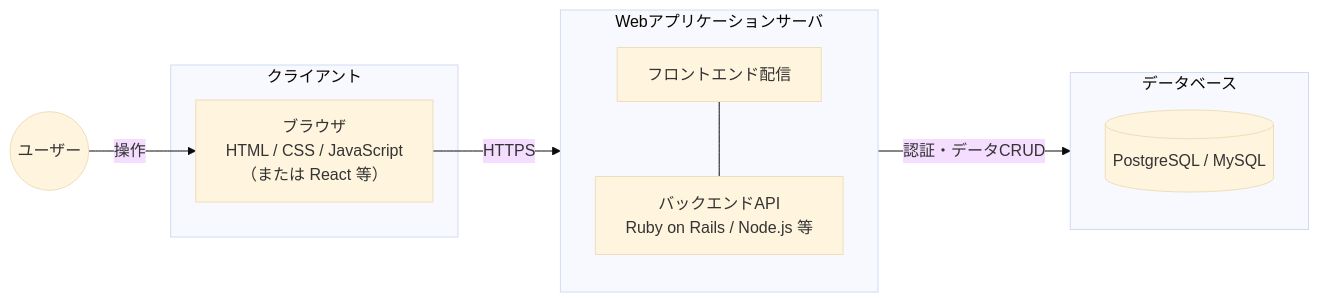
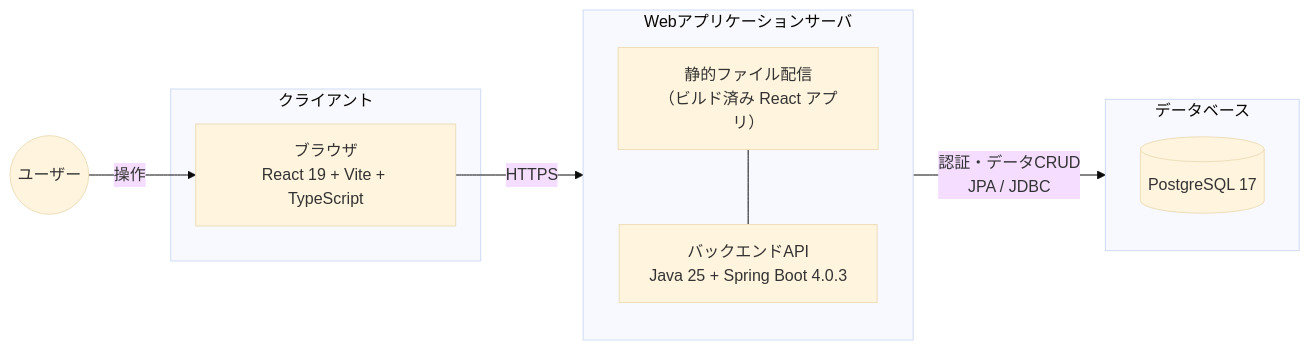
The second of 2 diagrams in docs/details/system-architecture.md (yamamotonaoki3/TaskManagement), drawn with Mermaid (base theme) before and after one commit. The commit also changed other lines of this file and 2 other files, not shown here.

First line of the commit message:
技術スタックをスクール指定に合わせて確定（React 19 / Java 25 / Spring Boot 4.0.3 / PostgreSQL 17）

````diff
--- a/docs/details/system-architecture.md
+++ b/docs/details/system-architecture.md
@@ -28,19 +31,19 @@
 ```mermaid
 flowchart LR
     User((ユーザー))
     subgraph Client[クライアント]
-        Browser[ブラウザ<br/>HTML / CSS / JavaScript<br/>（または React 等）]
+        Browser[ブラウザ<br/>React 19 + Vite + TypeScript]
     end
     subgraph Server[Webアプリケーションサーバ]
-        FE[フロントエンド配信]
-        BE[バックエンドAPI<br/>Ruby on Rails / Node.js 等]
+        FE[静的ファイル配信<br/>（ビルド済み React アプリ）]
+        BE[バックエンドAPI<br/>Java 25 + Spring Boot 4.0.3]
         FE --- BE
     end
     subgraph DB[データベース]
-        DBMS[(PostgreSQL / MySQL)]
+        DBMS[(PostgreSQL 17)]
     end
 
     User -- 操作 --> Browser
     Browser -- HTTPS --> Server
-    Server -- 認証・データCRUD --> DB
+    Server -- "認証・データCRUD<br/>JPA / JDBC" --> DB
 ```
````
